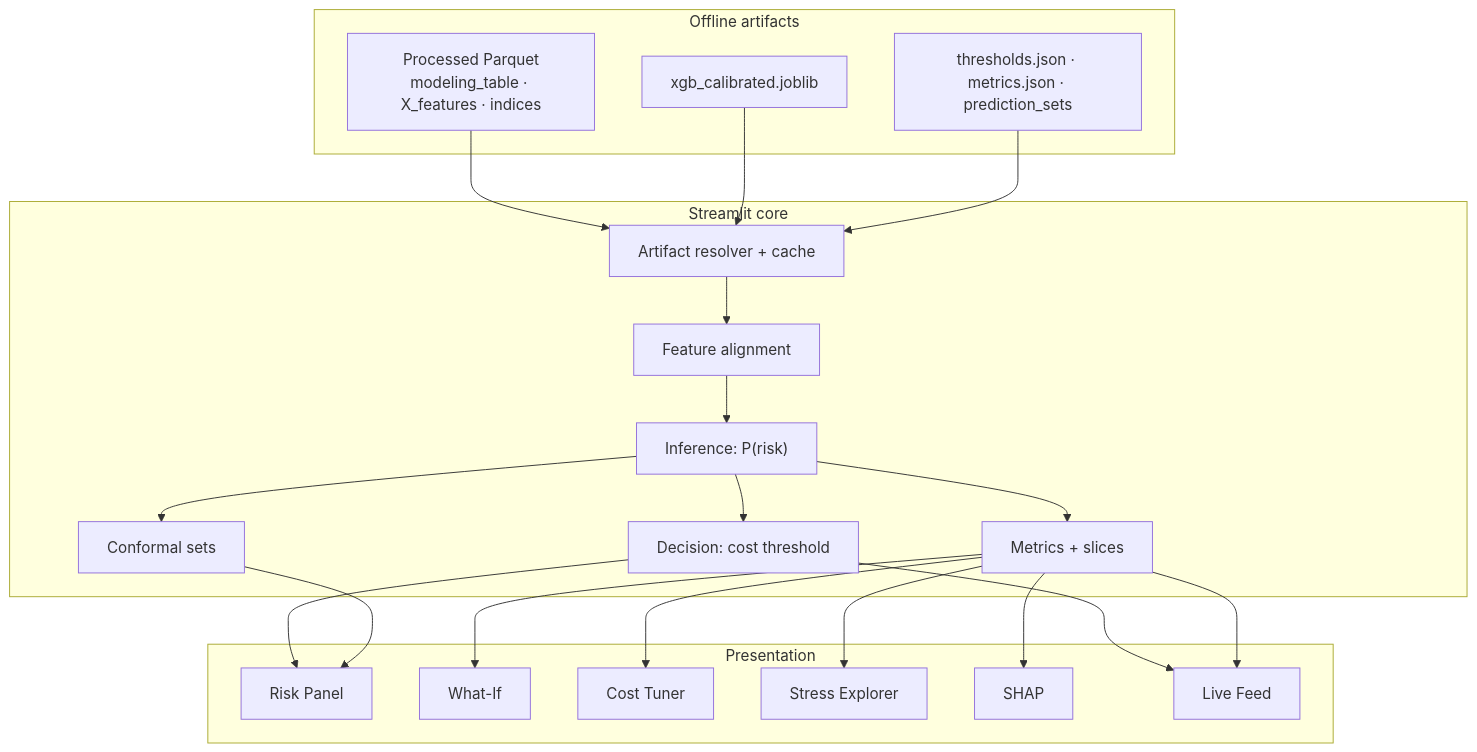
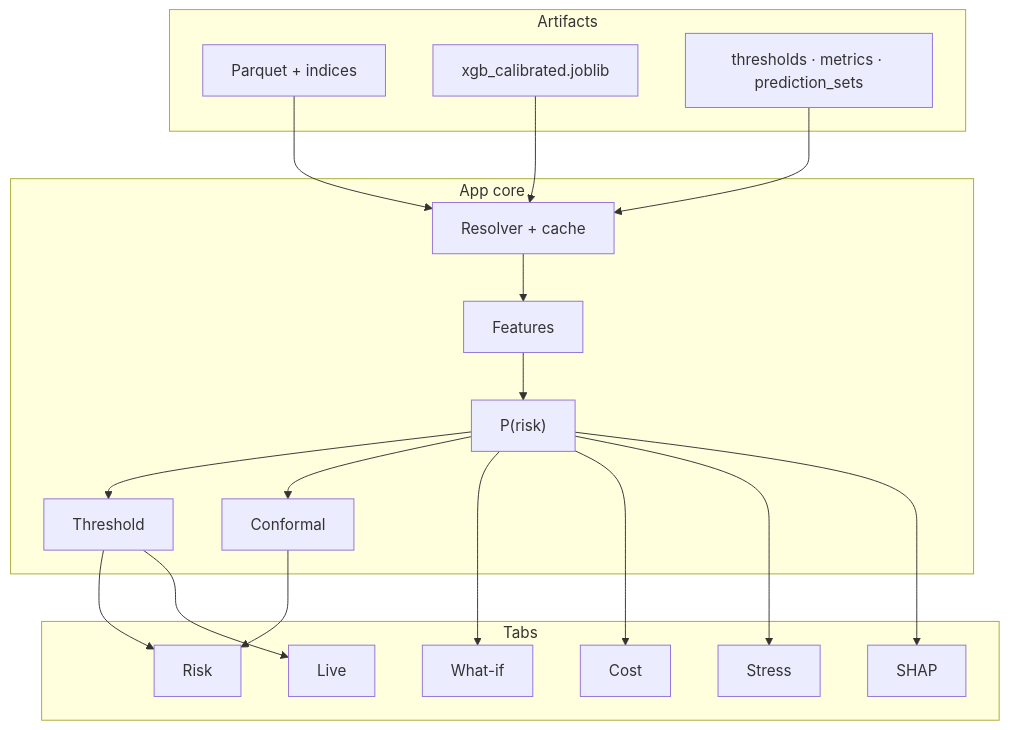
Before and after one commit to patel-manav20/TransitRisk-Machine-Learning-Project: the second of 6 diagrams in README.md, drawn with Mermaid. The commit also changed other lines of this file and 2 other files, not shown here.

First line of the commit message:
docs: simplify README with diagrams and dashboard assets folder

````diff
--- a/README.md
+++ b/README.md
@@ -289,39 +196,36 @@
 ```mermaid
 flowchart TB
-  subgraph Artifacts["Offline artifacts"]
-    A1["Processed Parquet\nmodeling_table · X_features · indices"]
-    A2["xgb_calibrated.joblib"]
-    A3["thresholds.json · metrics.json · prediction_sets"]
+  subgraph A[Artifacts]
+    A1[Parquet + indices]
+    A2[xgb_calibrated.joblib]
+    A3[thresholds · metrics · prediction_sets]
   end
-  subgraph Core["Streamlit core"]
-    B1[Artifact resolver + cache]
-    B2[Feature alignment]
-    B3["Inference: P(risk)"]
-    B4["Decision: cost threshold"]
-    B5["Conformal sets"]
-    B6[Metrics + slices]
+  subgraph B[App core]
+    B1[Resolver + cache]
+    B2[Features]
+    B3["P(risk)"]
+    B4[Threshold]
+    B5[Conformal]
   end
-  subgraph UI["Presentation"]
-    C1[Risk Panel]
-    C2[What-If]
-    C3[Cost Tuner]
-    C4[Stress Explorer]
+  subgraph C[Tabs]
+    C1[Risk]
+    C2[What-if]
+    C3[Cost]
+    C4[Stress]
     C5[SHAP]
-    C6[Live Feed]
+    C6[Live]
   end
   A1 --> B1
   A2 --> B1
   A3 --> B1
   B1 --> B2 --> B3
   B3 --> B4
   B3 --> B5
-  B3 --> B6
+  B3 --> C2
   B4 --> C1
   B4 --> C6
   B5 --> C1
-  B6 --> C2
-  B6 --> C3
-  B6 --> C4
-  B6 --> C5
-  B6 --> C6
+  B3 --> C3
+  B3 --> C4
+  B3 --> C5
 ```
````
